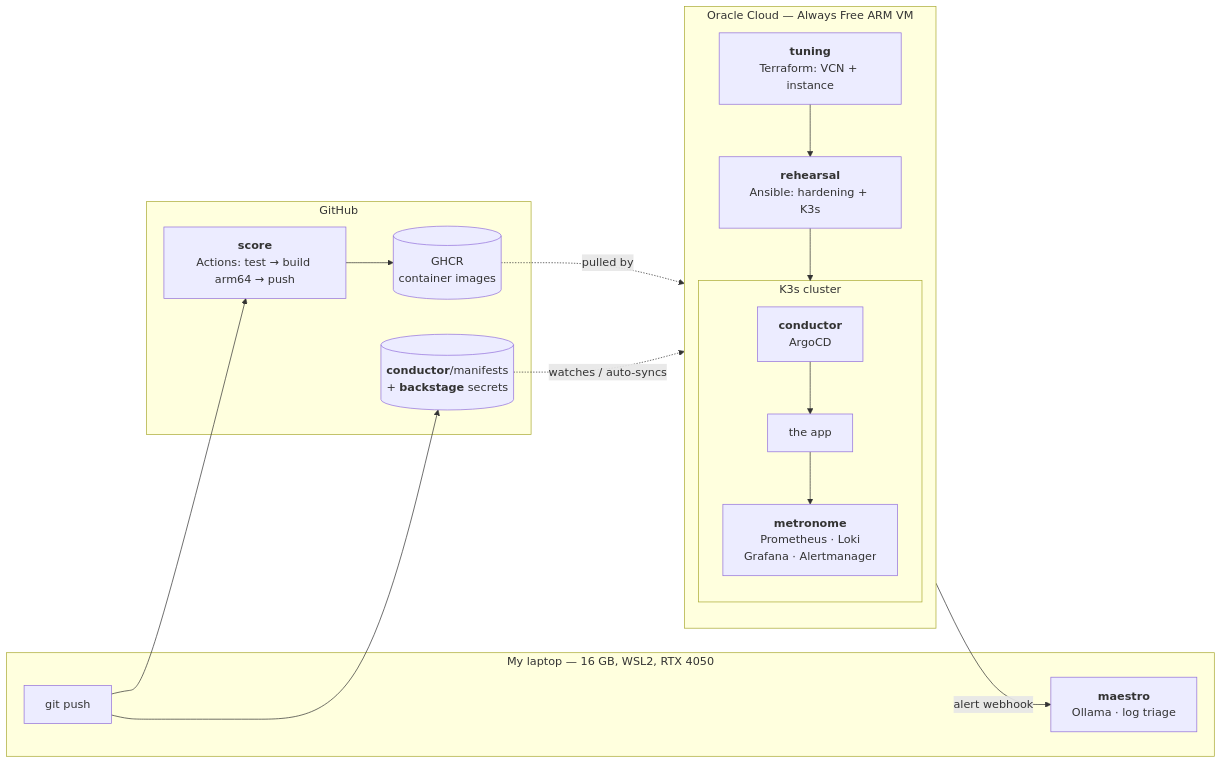
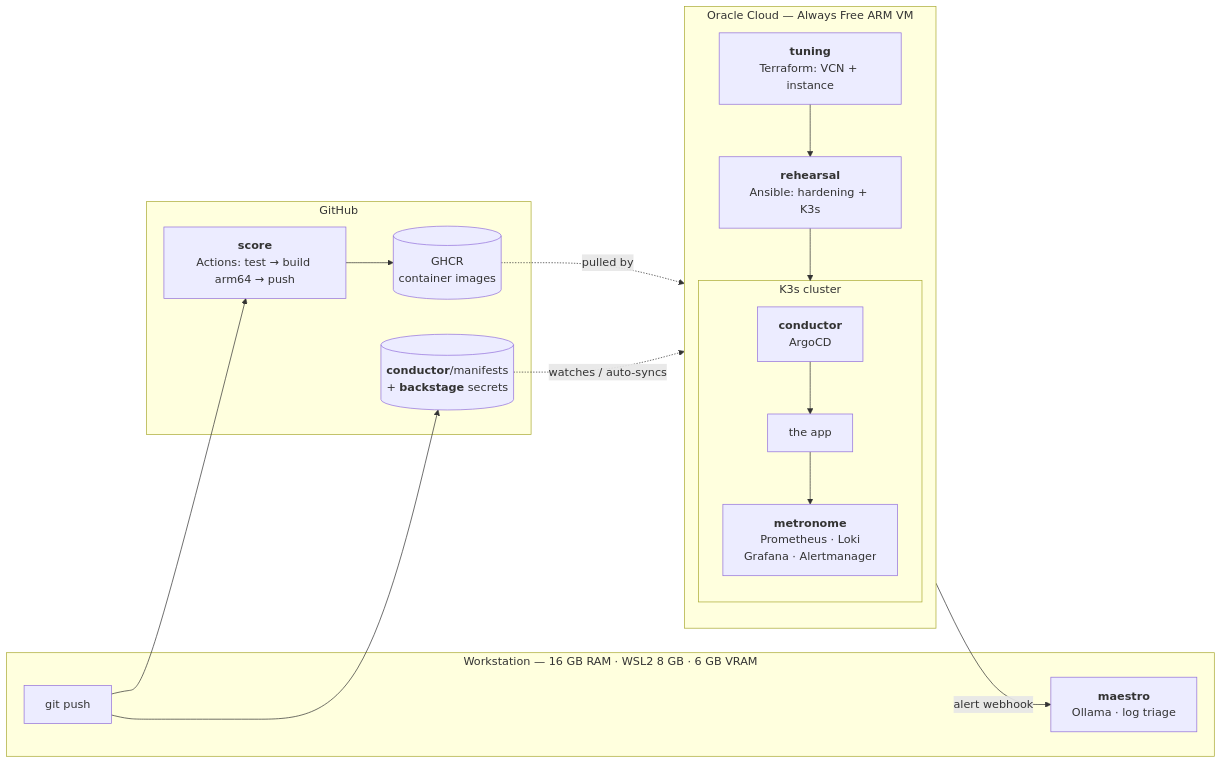
One commit to iagorp6/ensemble changed the diagram in README.md. Above: the diagram before and after it, drawn with Mermaid. The commit also changed other lines of this file and 4 other files, not shown here.

````diff
--- a/README.md
+++ b/README.md
@@ -64,35 +64,35 @@
 ```mermaid
 flowchart LR
-    subgraph laptop["My laptop — 16 GB, WSL2, RTX 4050"]
+    subgraph local["Workstation — 16 GB RAM · WSL2 8 GB · 6 GB VRAM"]
         dev["git push"]
         maestro["<b>maestro</b><br/>Ollama · log triage"]
     end
 
     subgraph github["GitHub"]
         score["<b>score</b><br/>Actions: test → build arm64 → push"]
         ghcr[("GHCR<br/>container images")]
         manifests[("<b>conductor</b>/manifests<br/>+ <b>backstage</b> secrets")]
     end
 
     subgraph oci["Oracle Cloud — Always Free ARM VM"]
         direction TB
         tuning["<b>tuning</b><br/>Terraform: VCN + instance"]
         rehearsal["<b>rehearsal</b><br/>Ansible: hardening + K3s"]
         subgraph k3s["K3s cluster"]
             conductor["<b>conductor</b><br/>ArgoCD"]
             app["the app"]
             metronome["<b>metronome</b><br/>Prometheus · Loki<br/>Grafana · Alertmanager"]
         end
     end
 
     dev --> score
     score --> ghcr
     dev --> manifests
     tuning --> rehearsal
     rehearsal --> k3s
     manifests -. "watches / auto-syncs" .-> conductor
     conductor --> app
     ghcr -. "pulled by" .-> app
     app --> metronome
     metronome -- "alert webhook" --> maestro
 ```
````
